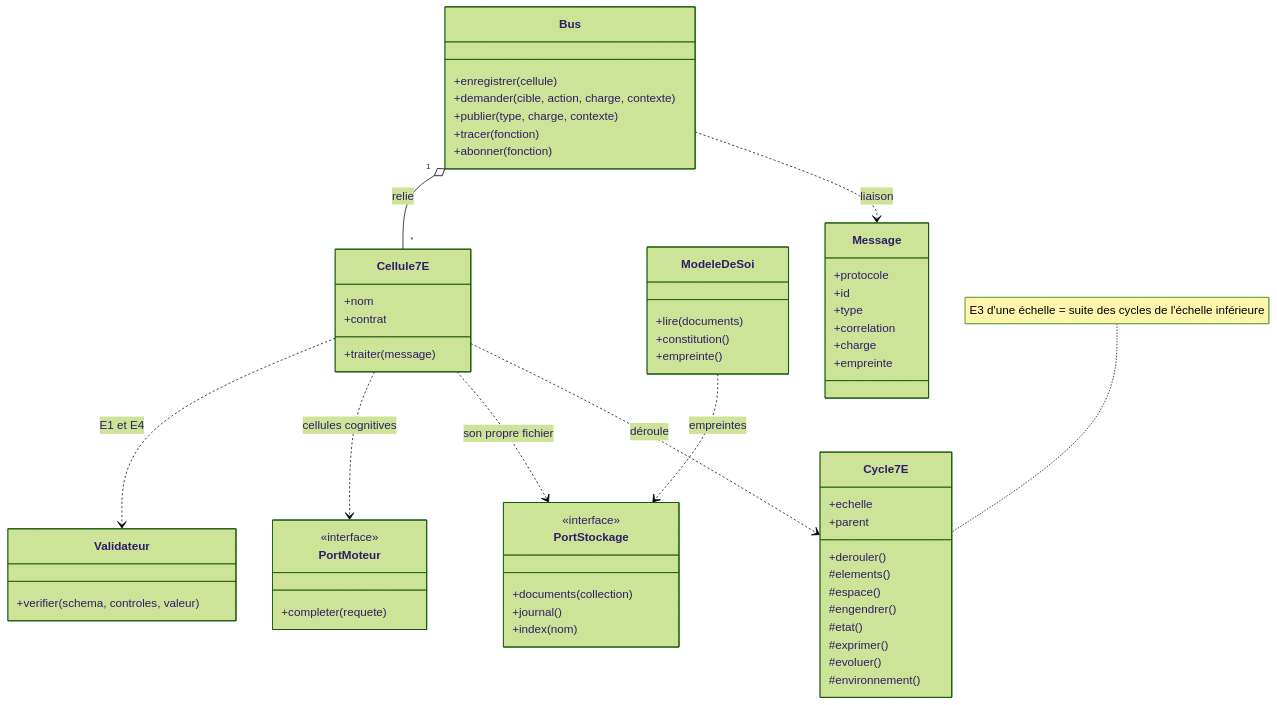
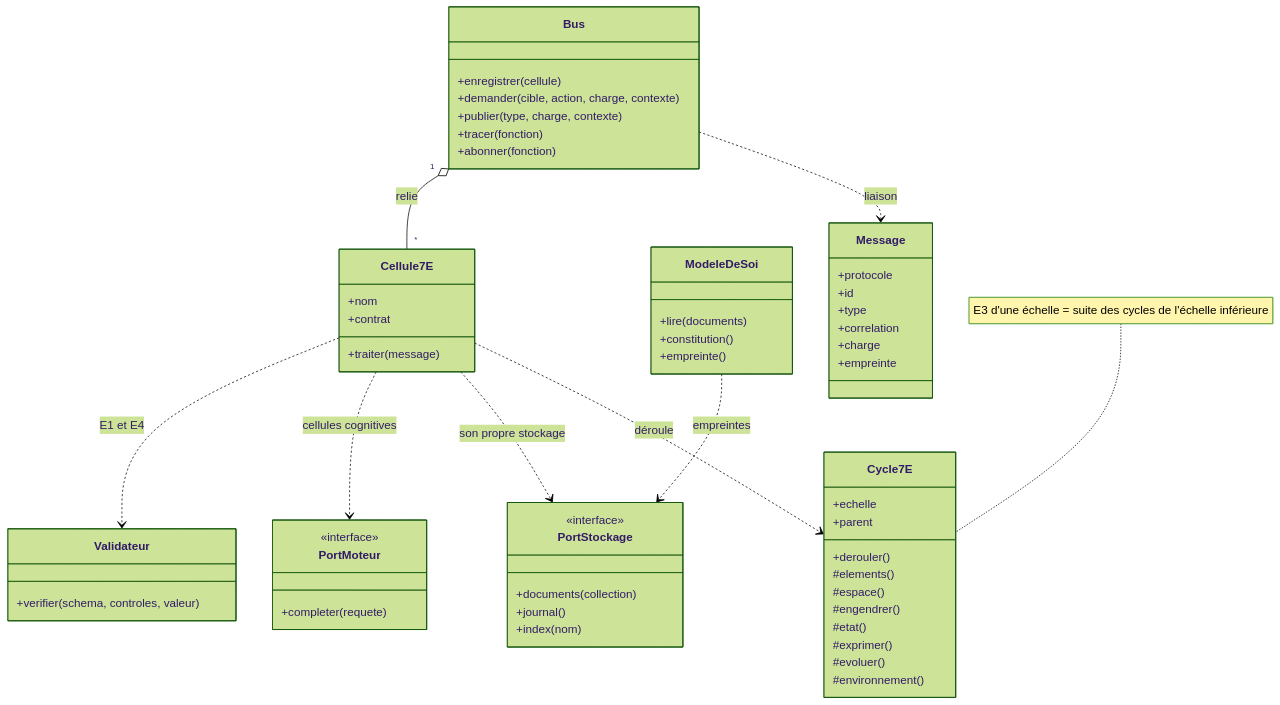
The third of 6 diagrams in 01-architectureBinome.md (FredGarcia/Agent2Dev), drawn with Mermaid (forest theme) before and after one commit. The commit also changed other lines of this file and 4 other files, not shown here.

````diff
--- a/01-architectureBinome.md
+++ b/01-architectureBinome.md
@@ -163,61 +157,61 @@
 ```mermaid
 classDiagram
   class Cycle7E {
     +echelle
     +parent
     +derouler()
     #elements()
     #espace()
     #engendrer()
     #etat()
     #exprimer()
     #evoluer()
     #environnement()
   }
   note for Cycle7E "E3 d'une échelle = suite des cycles de l'échelle inférieure"
   class Cellule7E {
     +nom
     +contrat
     +traiter(message)
   }
   class Bus {
     +enregistrer(cellule)
     +demander(cible, action, charge, contexte)
     +publier(type, charge, contexte)
     +tracer(fonction)
     +abonner(fonction)
   }
   class PortMoteur {
     <<interface>>
     +completer(requete)
   }
   class PortStockage {
     <<interface>>
     +documents(collection)
     +journal()
     +index(nom)
   }
   class Validateur {
     +verifier(schema, controles, valeur)
   }
   class ModeleDeSoi {
     +lire(documents)
     +constitution()
     +empreinte()
   }
   class Message {
     +protocole
     +id
     +type
     +correlation
     +charge
     +empreinte
   }
   Bus "1" o-- "*" Cellule7E : relie
   Cellule7E ..> Validateur : E1 et E4
   Cellule7E ..> PortMoteur : cellules cognitives
-  Cellule7E ..> PortStockage : son propre fichier
+  Cellule7E ..> PortStockage : son propre stockage
   Cellule7E ..> Cycle7E : déroule
   Bus ..> Message : liaison
   ModeleDeSoi ..> PortStockage : empreintes
 ```
````
